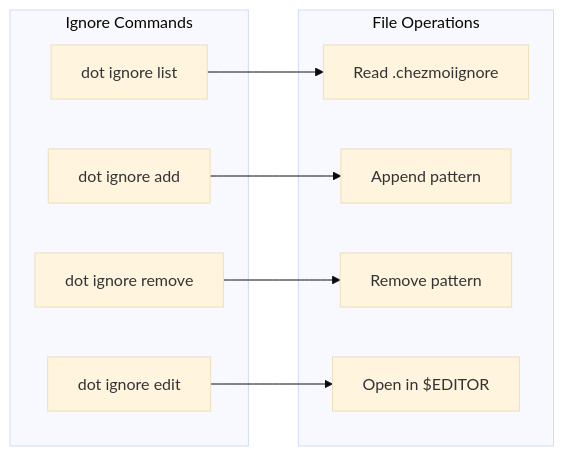
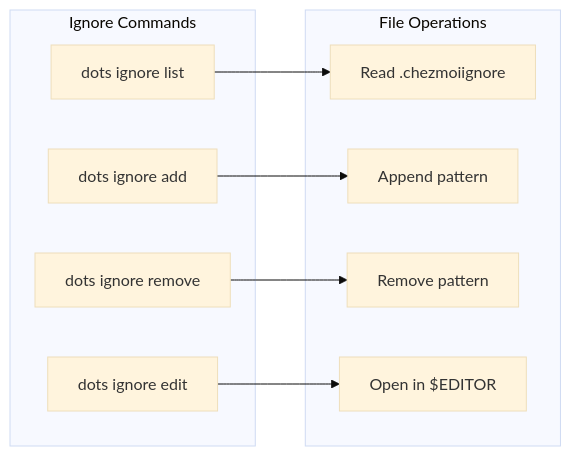
One commit to Data-Wise/flow-cli changed the eighth of 15 diagrams in docs/architecture/DOT-SAFETY-ARCHITECTURE.md. Above: the diagram before and after it, drawn with Mermaid (base theme). The commit also changed other lines of this file and 91 other files, not shown here.

First line of the commit message:
feat: split dot dispatcher into dots, sec, tok (#381)

````diff
--- a/docs/architecture/DOT-SAFETY-ARCHITECTURE.md
+++ b/docs/architecture/DOT-SAFETY-ARCHITECTURE.md
@@ -460,21 +460,21 @@
 ```mermaid
 graph LR
     subgraph "Ignore Commands"
-        Add[dot ignore add]
-        List[dot ignore list]
-        Remove[dot ignore remove]
-        Edit[dot ignore edit]
+        Add[dots ignore add]
+        List[dots ignore list]
+        Remove[dots ignore remove]
+        Edit[dots ignore edit]
     end
 
     subgraph "File Operations"
         Read[Read .chezmoiignore]
         Write[Append pattern]
         Delete[Remove pattern]
         OpenEditor[Open in $EDITOR]
     end
 
     Add --> Write
     List --> Read
     Remove --> Delete
     Edit --> OpenEditor
 ```
````
